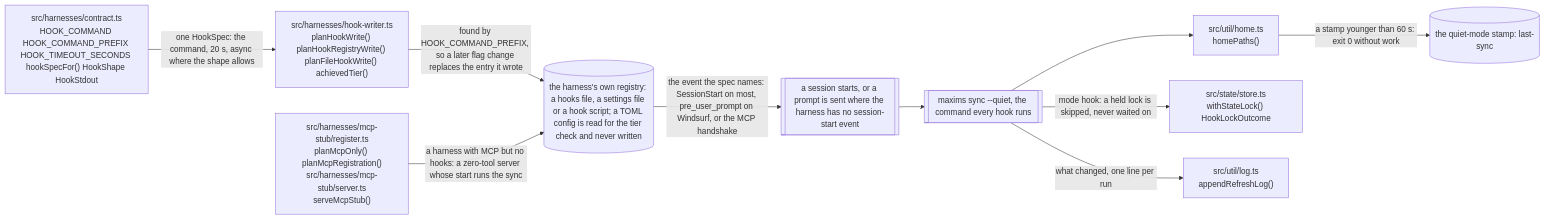
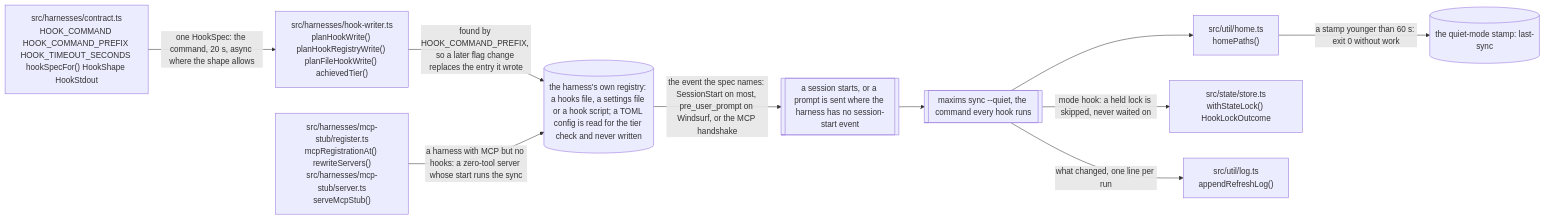
The seventh of 15 diagrams in docs/architecture.md (Vivswan/maxims), drawn with Mermaid before and after one commit. The commit also changed other lines of this file and 15 other files, not shown here.

````diff
--- a/docs/architecture.md
+++ b/docs/architecture.md
@@ -258,22 +259,22 @@
 ```mermaid
 flowchart LR
   contract["src/harnesses/contract.ts<br>HOOK_COMMAND HOOK_COMMAND_PREFIX HOOK_TIMEOUT_SECONDS hookSpecFor() HookShape HookStdout"]
   writer["src/harnesses/hook-writer.ts<br>planHookWrite() planHookRegistryWrite() planFileHookWrite() achievedTier()"]
-  mcp["src/harnesses/mcp-stub/register.ts<br>planMcpOnly() planMcpRegistration()<br>src/harnesses/mcp-stub/server.ts<br>serveMcpStub()"]
+  mcp["src/harnesses/mcp-stub/register.ts<br>mcpRegistrationAt() rewriteServers()<br>src/harnesses/mcp-stub/server.ts<br>serveMcpStub()"]
   registry[("the harness's own registry: a hooks file, a settings file or a hook script; a TOML config is read for the tier check and never written")]
   session[["a session starts, or a prompt is sent where the harness has no session-start event"]]
   sync[["maxims sync --quiet, the command every hook runs"]]
   home["src/util/home.ts<br>homePaths()"]
   stamp[("the quiet-mode stamp: last-sync")]
   store["src/state/store.ts<br>withStateLock() HookLockOutcome"]
   log["src/util/log.ts<br>appendRefreshLog()"]
   contract -->|"one HookSpec: the command, 20 s, async where the shape allows"| writer
   writer -->|"found by HOOK_COMMAND_PREFIX, so a later flag change replaces the entry it wrote"| registry
   mcp -->|"a harness with MCP but no hooks: a zero-tool server whose start runs the sync"| registry
   registry -->|"the event the spec names: SessionStart on most, pre_user_prompt on Windsurf, or the MCP handshake"| session
   session --> sync
   sync --> home
   home -->|"a stamp younger than 60 s: exit 0 without work"| stamp
   sync -->|"mode hook: a held lock is skipped, never waited on"| store
   sync -->|"what changed, one line per run"| log
 ```
````
